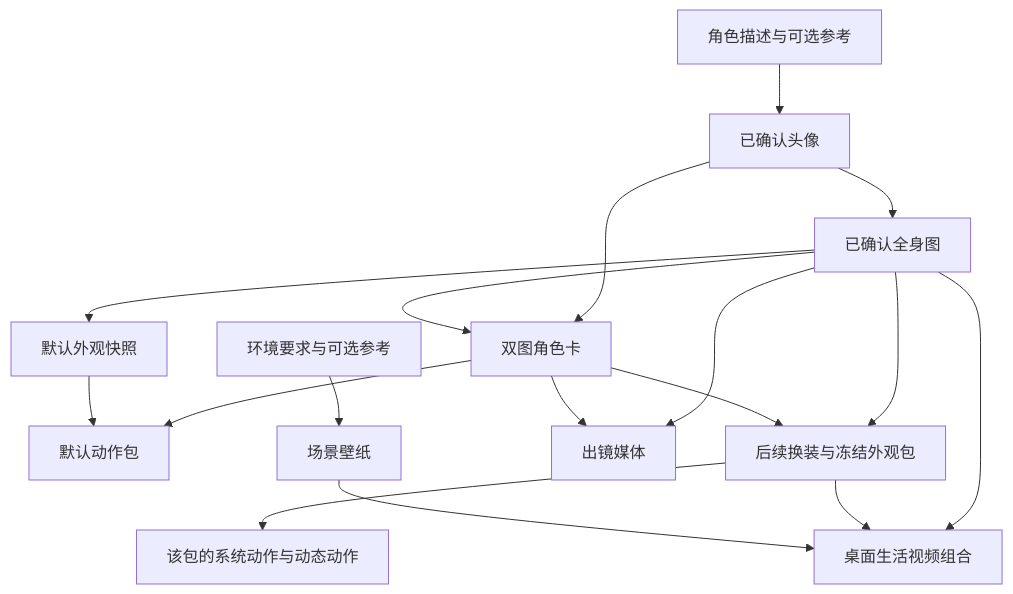
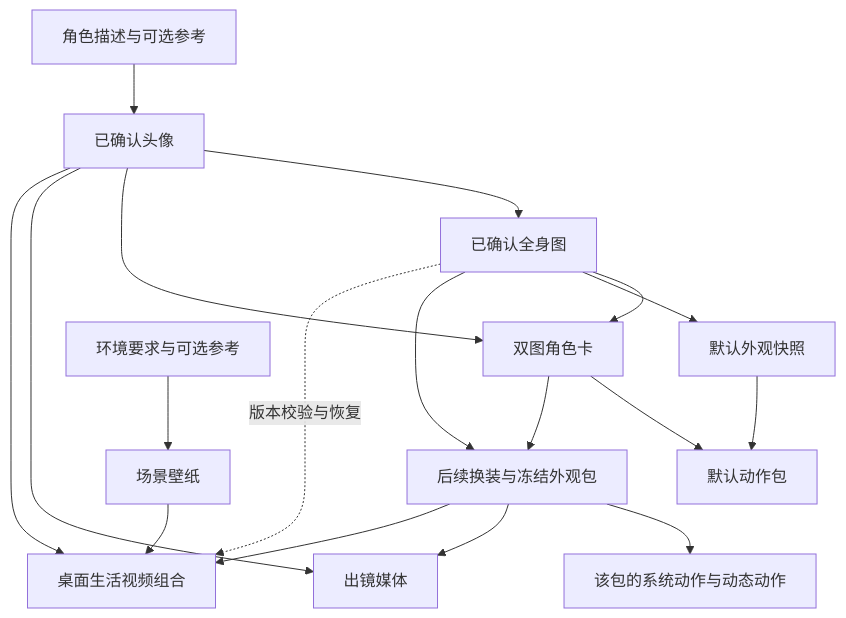
The first of 2 diagrams in docs/PIPELINE.md (yangjinming1062/SpiritAgent), drawn with Mermaid before and after one commit. The commit also changed other lines of this file and 15 other files, not shown here.

First line of the commit message:
refactor(backend): 统一头像与着装图的媒体参考职责

````diff
--- a/docs/PIPELINE.md
+++ b/docs/PIPELINE.md
@@ -7,19 +7,20 @@
 ```mermaid
 flowchart TD
     Input[角色描述与可选参考] --> Avatar[已确认头像]
     Avatar --> Full[已确认全身图]
     Avatar --> Card[双图角色卡]
     Full --> Card
     Full --> Default[默认外观快照]
     Card --> Video[默认动作包]
     Default --> Video
     Full --> Outfit[后续换装与冻结外观包]
     Card --> Outfit
     Outfit --> Action[该包的系统动作与动态动作]
-    Full --> SelfMedia[出镜媒体]
-    Card --> SelfMedia
+    Avatar --> SelfMedia[出镜媒体]
+    Outfit --> SelfMedia
     Environment[环境要求与可选参考] --> Scene[场景壁纸]
-    Full --> Desktop[桌面生活视频组合]
+    Avatar --> Desktop[桌面生活视频组合]
     Outfit --> Desktop
+    Full -.版本校验与恢复.-> Desktop
     Scene --> Desktop
 ```
````
